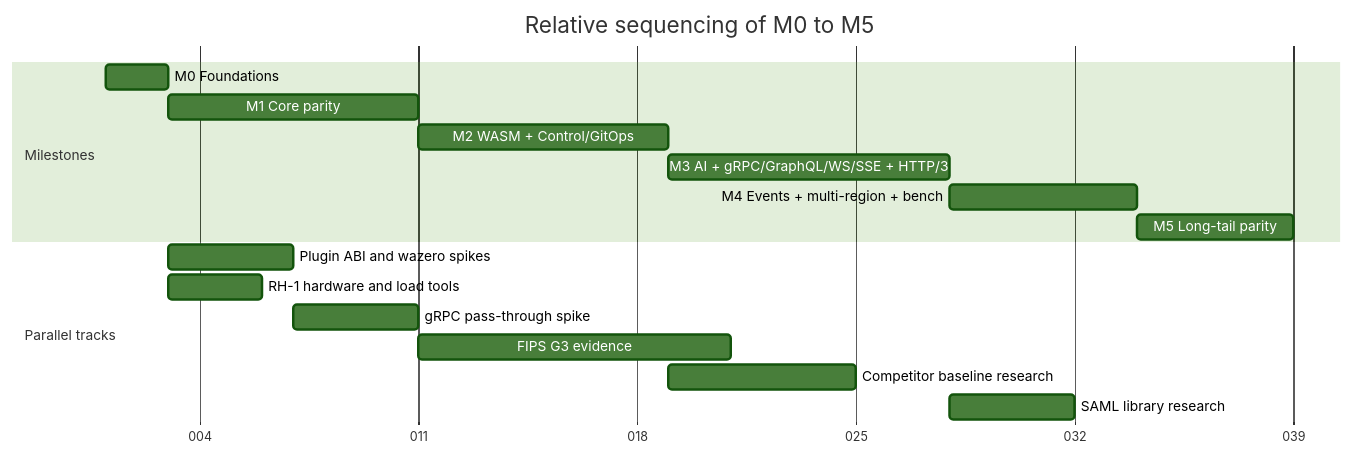
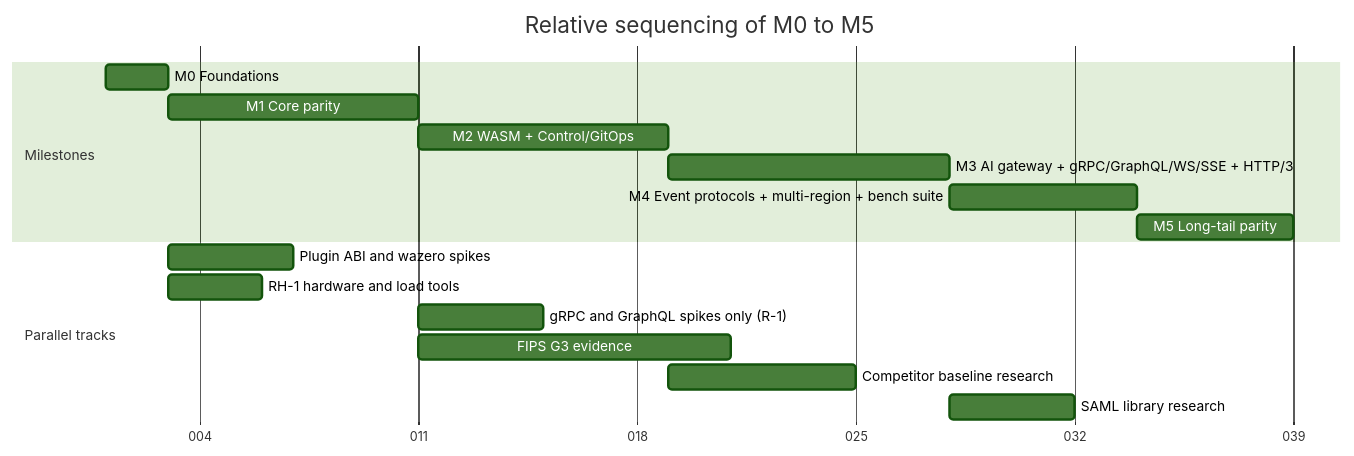
The diagram in docs/roadmap/01-roadmap-and-milestones.md (ravindu-rev/ruralz), drawn with Mermaid (forest theme) before and after one commit. The commit also changed other lines of this file and 12 other files, not shown here.

````diff
--- a/docs/roadmap/01-roadmap-and-milestones.md
+++ b/docs/roadmap/01-roadmap-and-milestones.md
@@ -226,21 +232,21 @@
 ```mermaid
 gantt
     title Relative sequencing of M0 to M5
     dateFormat X
     axisFormat %j
     todayMarker off
     section Milestones
-    M0 Foundations                       :m0, 0, 2d
-    M1 Core parity                       :m1, after m0, 8d
-    M2 WASM + Control/GitOps             :m2, after m1, 8d
-    M3 AI + gRPC/GraphQL/WS/SSE + HTTP/3 :m3, after m2, 9d
-    M4 Events + multi-region + bench     :m4, after m3, 6d
-    M5 Long-tail parity                  :m5, after m4, 5d
+    M0 Foundations                                  :m0, 0, 2d
+    M1 Core parity                                  :m1, after m0, 8d
+    M2 WASM + Control/GitOps                        :m2, after m1, 8d
+    M3 AI gateway + gRPC/GraphQL/WS/SSE + HTTP/3    :m3, after m2, 9d
+    M4 Event protocols + multi-region + bench suite :m4, after m3, 6d
+    M5 Long-tail parity                             :m5, after m4, 5d
     section Parallel tracks
-    Plugin ABI and wazero spikes         :t1, after m0, 4d
-    RH-1 hardware and load tools         :t2, after m0, 3d
-    gRPC pass-through spike              :t3, after t1, 4d
-    FIPS G3 evidence                     :t4, after m1, 10d
-    Competitor baseline research         :t5, after m2, 6d
-    SAML library research                :t6, after m3, 4d
+    Plugin ABI and wazero spikes                    :t1, after m0, 4d
+    RH-1 hardware and load tools                    :t2, after m0, 3d
+    gRPC and GraphQL spikes only (R-1)              :t3, after m1, 4d
+    FIPS G3 evidence                                :t4, after m1, 10d
+    Competitor baseline research                    :t5, after m2, 6d
+    SAML library research                           :t6, after m3, 4d
 ```
````
